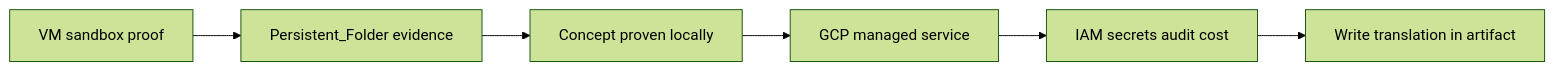
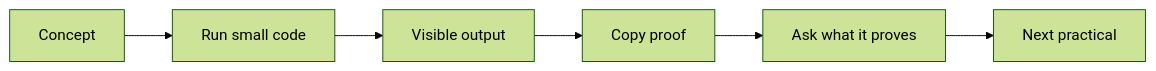
One commit to abhisheksaini333/datavalue-chain-revision-pack-daywise changed diagram 12 of 12 in day4/end-of-day-revision-and-study-pack.md. Above: the diagram before and after it, drawn with Mermaid (forest theme). The commit also changed other lines of this file, not shown here.

````diff
--- a/day4/end-of-day-revision-and-study-pack.md
+++ b/day4/end-of-day-revision-and-study-pack.md
@@ -149,8 +437,8 @@
 ```mermaid
 flowchart LR
-    VM[VM sandbox proof] --> Folder[Persistent_Folder evidence]
-    Folder --> Concept[Concept proven locally]
-    Concept --> GCP[GCP managed service]
-    GCP --> Control[IAM secrets audit cost]
-    Control --> Note[Write translation in artifact]
+    Concept[Concept] --> Code[Run small code]
+    Code --> Output[Visible output]
+    Output --> Artifact[Copy proof]
+    Artifact --> Check[Ask what it proves]
+    Check --> Next[Next practical]
 ```
````
